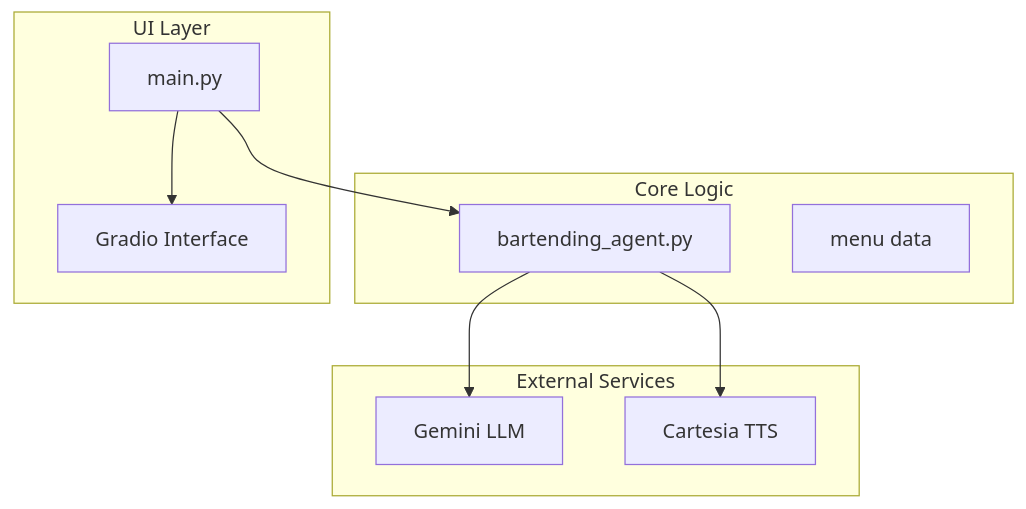
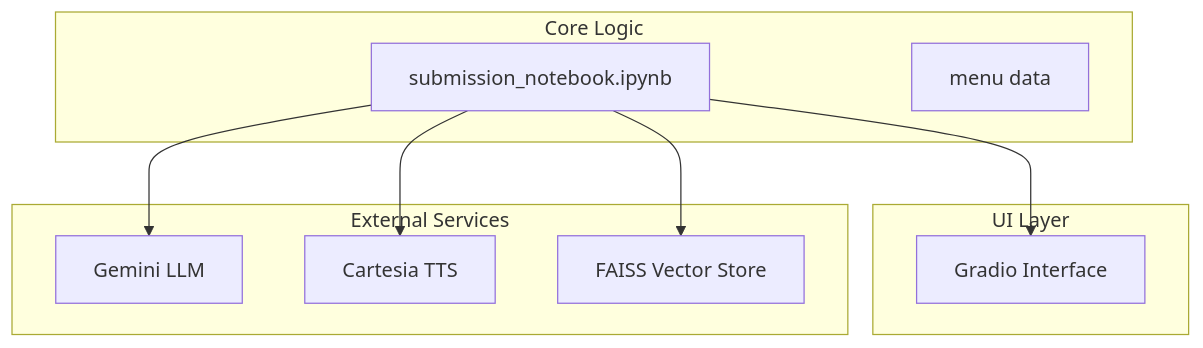
Before and after one commit to MOK-5-ha/MayaBartendingAgent: the first of 2 diagrams in .qoder/repowiki/en/content/AI Integration/Response Processing and Order Extraction.md, drawn with Mermaid. The commit also changed other lines of this file and 14 other files, not shown here.

````diff
--- a/.qoder/repowiki/en/content/AI Integration/Response Processing and Order Extraction.md
+++ b/.qoder/repowiki/en/content/AI Integration/Response Processing and Order Extraction.md
@@ -27,19 +37,18 @@
 ```mermaid
 graph TB
 subgraph "Core Logic"
-BA[bartending_agent.py]
+NB[submission_notebook.ipynb]
 Menu[menu data]
 end
 subgraph "UI Layer"
-Main[main.py]
-Gradio[Gradio Interface]
+NB --> Gradio[Gradio Interface]
 end
 subgraph "External Services"
 Gemini[Gemini LLM]
 Cartesia[Cartesia TTS]
+FAISS[FAISS Vector Store]
 end
-Main --> BA
-BA --> Gemini
-BA --> Cartesia
-Main --> Gradio
+NB --> Gemini
+NB --> Cartesia
+NB --> FAISS
 ```
````
